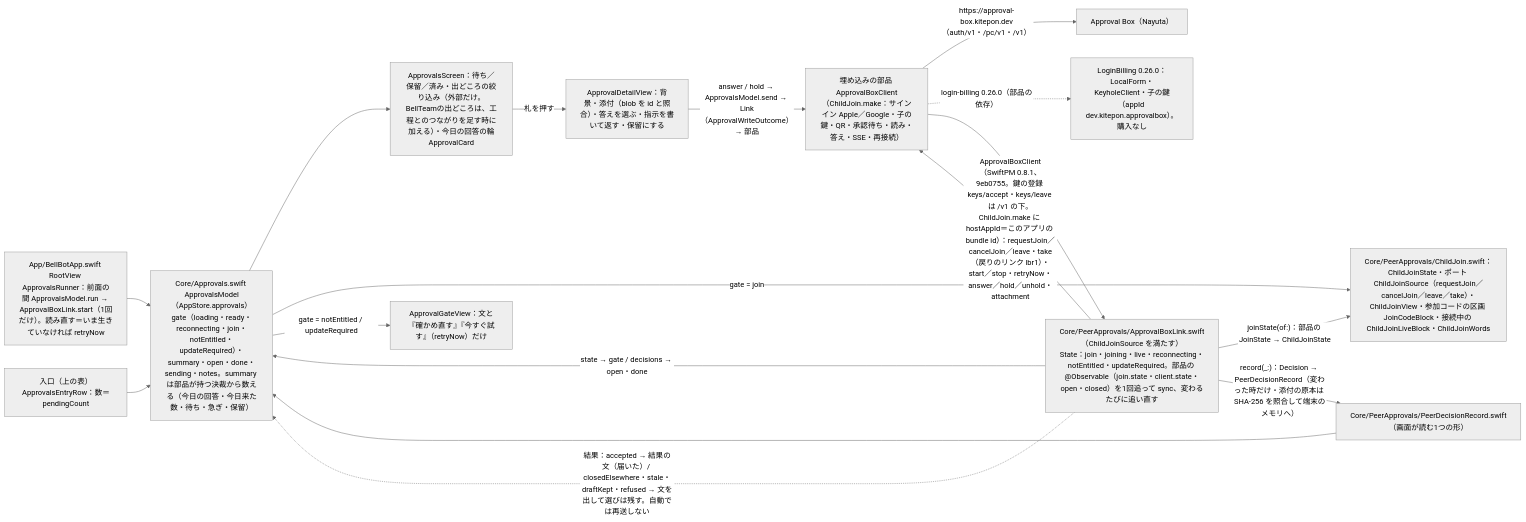
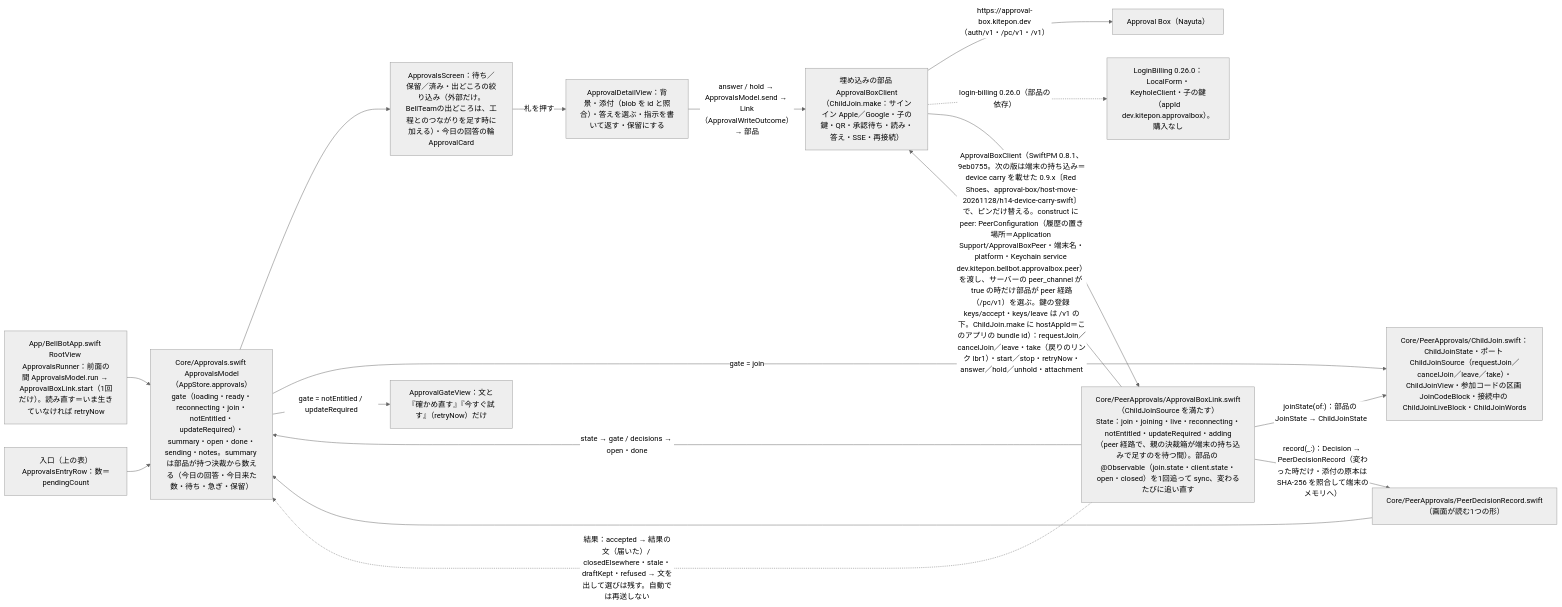
The diagram in docs/architecture/modules/apple/approvals.md (kitepon/BellTeam), drawn with Mermaid (neutral theme) before and after one commit. The commit also changed other lines of this file and 4 other files, not shown here.

First line of the commit message:
Apple 決裁箱: pass PeerConfiguration to the client component and wait for the device carry (adding gate)

````diff
--- a/docs/architecture/modules/apple/approvals.md
+++ b/docs/architecture/modules/apple/approvals.md
@@ -17,21 +17,21 @@
 ```mermaid
 flowchart LR
   Run["App/BellBotApp.swift RootView ApprovalsRunner：前面の間 ApprovalsModel.run → ApprovalBoxLink.start（1回だけ）。読み直す＝いま生きていなければ retryNow"] --> Model
   Entry["入口（上の表）ApprovalsEntryRow：数＝pendingCount"] --> Model
   Model["Core/Approvals.swift ApprovalsModel（AppStore.approvals）<br/>gate（loading・ready・reconnecting・join・notEntitled・updateRequired）・summary・open・done・sending・notes。summary は部品が持つ決裁から数える（今日の回答・今日来た数・待ち・急ぎ・保留）"]
-  Link["Core/PeerApprovals/ApprovalBoxLink.swift（ChildJoinSource を満たす）<br/>State：join・joining・live・reconnecting・notEntitled・updateRequired。部品の @Observable（join.state・client.state・open・closed）を1回追って sync、変わるたびに追い直す"]
+  Link["Core/PeerApprovals/ApprovalBoxLink.swift（ChildJoinSource を満たす）<br/>State：join・joining・live・reconnecting・notEntitled・updateRequired・adding（peer 経路で、親の決裁箱が端末の持ち込みで足すのを待つ間）。部品の @Observable（join.state・client.state・open・closed）を1回追って sync、変わるたびに追い直す"]
   Link -->|"state → gate / decisions → open・done"| Model
-  Link -->|"ApprovalBoxClient（SwiftPM 0.8.1、9eb0755。鍵の登録 keys/accept・keys/leave は /v1 の下。ChildJoin.make に hostAppId＝このアプリの bundle id）：requestJoin／cancelJoin／leave・take（戻りのリンク lbr1）・start／stop・retryNow・answer／hold／unhold・attachment"| Comp["埋め込みの部品 ApprovalBoxClient（ChildJoin.make：サインイン Apple／Google・子の鍵・QR・承認待ち・読み・答え・SSE・再接続）"]
+  Link -->|"ApprovalBoxClient（SwiftPM 0.8.1、9eb0755。次の版は端末の持ち込み＝device carry を載せた 0.9.x〔Red Shoes、approval-box/host-move-20261128/h14-device-carry-swift〕で、ピンだけ替える。construct に peer: PeerConfiguration（履歴の置き場所＝Application Support/ApprovalBoxPeer・端末名・platform・Keychain service dev.kitepon.bellbot.approvalbox.peer）を渡し、サーバーの peer_channel が true の時だけ部品が peer 経路（/pc/v1）を選ぶ。鍵の登録 keys/accept・keys/leave は /v1 の下。ChildJoin.make に hostAppId＝このアプリの bundle id）：requestJoin／cancelJoin／leave・take（戻りのリンク lbr1）・start／stop・retryNow・answer／hold／unhold・attachment"| Comp["埋め込みの部品 ApprovalBoxClient（ChildJoin.make：サインイン Apple／Google・子の鍵・QR・承認待ち・読み・答え・SSE・再接続）"]
   Comp -->|"https://approval-box.kitepon.dev（auth/v1・/pc/v1・/v1）"| AB["Approval Box（Nayuta）"]
   Comp -.->|"login-billing 0.26.0（部品の依存）"| LB["LoginBilling 0.26.0：LocalForm・KeyholeClient・子の鍵（appId dev.kitepon.approvalbox）。購入なし"]
   Comp --> Link
   Link -->|"joinState(of:)：部品の JoinState → ChildJoinState"| CJ["Core/PeerApprovals/ChildJoin.swift：ChildJoinState・ポート ChildJoinSource（requestJoin／cancelJoin／leave／take）・ChildJoinView・参加コードの区画 JoinCodeBlock・接続中の ChildJoinLiveBlock・ChildJoinWords"]
   Link -->|"record(_:)：Decision → PeerDecisionRecord（変わった時だけ・添付の原本は SHA-256 を照合して端末のメモリへ）"| Rec["Core/PeerApprovals/PeerDecisionRecord.swift（画面が読む1つの形）"]
   Rec --> Model
   Model --> Screen["ApprovalsScreen：待ち／保留／済み・出どころの絞り込み（外部だけ。BellTeamの出どころは、工程とのつながりを足す時に加える）・今日の回答の輪<br/>ApprovalCard"]
   Screen -->|"札を押す"| Detail["ApprovalDetailView：背景・添付（blob を id と照合）・答えを選ぶ・指示を書いて返す・保留にする"]
   Detail -->|"answer / hold → ApprovalsModel.send → Link（ApprovalWriteOutcome）→ 部品"| Comp
   Link -.->|"結果：accepted → 結果の文（届いた）/ closedElsewhere・stale・draftKept・refused → 文を出して選びは残す。自動では再送しない"| Model
   Model -->|"gate = join"| CJ
   Model -->|"gate = notEntitled / updateRequired"| GateView["ApprovalGateView：文と『確かめ直す』『今すぐ試す』（retryNow）だけ"]
 ```
````
